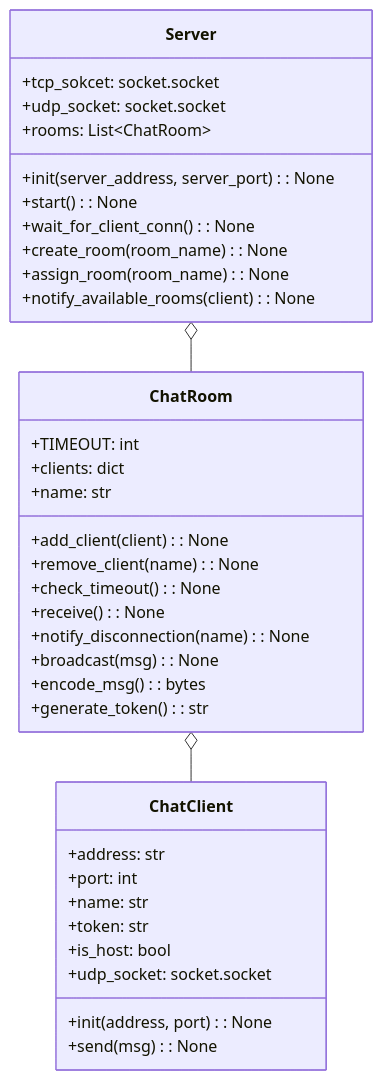
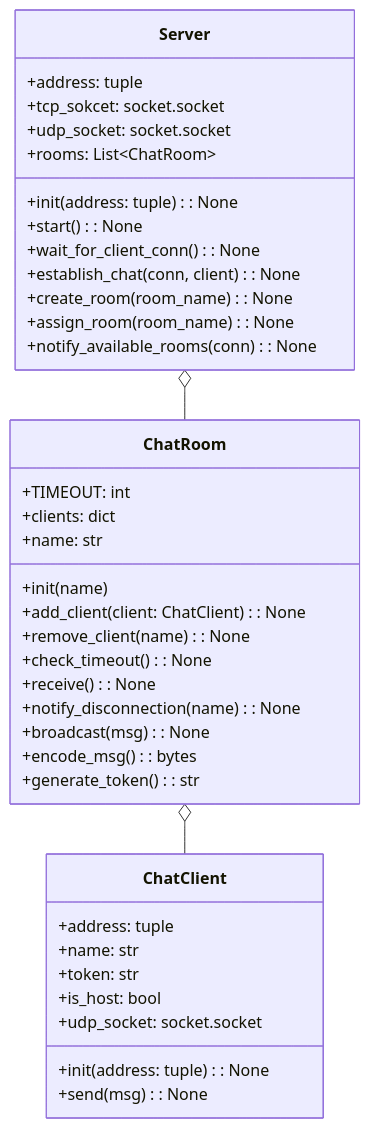
Before and after one commit to recursion-backend-team-d/online-chat-messenger: the first of 2 diagrams in README.md, drawn with Mermaid. The commit also changed other lines of this file, not shown here.

Commit message:
クラス図の説明を一部追加 #9

````diff
--- a/README.md
+++ b/README.md
@@ -4,44 +4,46 @@
 ```mermaid
 classDiagram
 class ChatClient {
-  +address: str
-  +port: int
+  +address: tuple
   +name: str
   +token: str
   +is_host: bool
   +udp_socket: socket.socket
 
-  +init(address, port): None
+  +init(address: tuple): None
   +send(msg): None
 }
 
 class ChatRoom {
   +TIMEOUT: int
   +clients: dict
   +name: str
 
-  +add_client(client): None
+  +init(name)
+  +add_client(client: ChatClient): None
   +remove_client(name): None
   +check_timeout(): None
   +receive(): None
   +notify_disconnection(name): None
   +broadcast(msg): None
   +encode_msg(): bytes
   +generate_token(): str
 }
 
 class Server {
+  +address: tuple
   +tcp_sokcet: socket.socket
   +udp_socket: socket.socket
   +rooms: List~ChatRoom~
 
-  +init(server_address, server_port): None
+  +init(address: tuple): None
   +start(): None
   +wait_for_client_conn(): None
+  +establish_chat(conn, client): None
   +create_room(room_name): None
   +assign_room(room_name): None
-  +notify_available_rooms(client): None
+  +notify_available_rooms(conn): None
 }
 Server o-- ChatRoom
 ChatRoom o-- ChatClient
 ```
````
